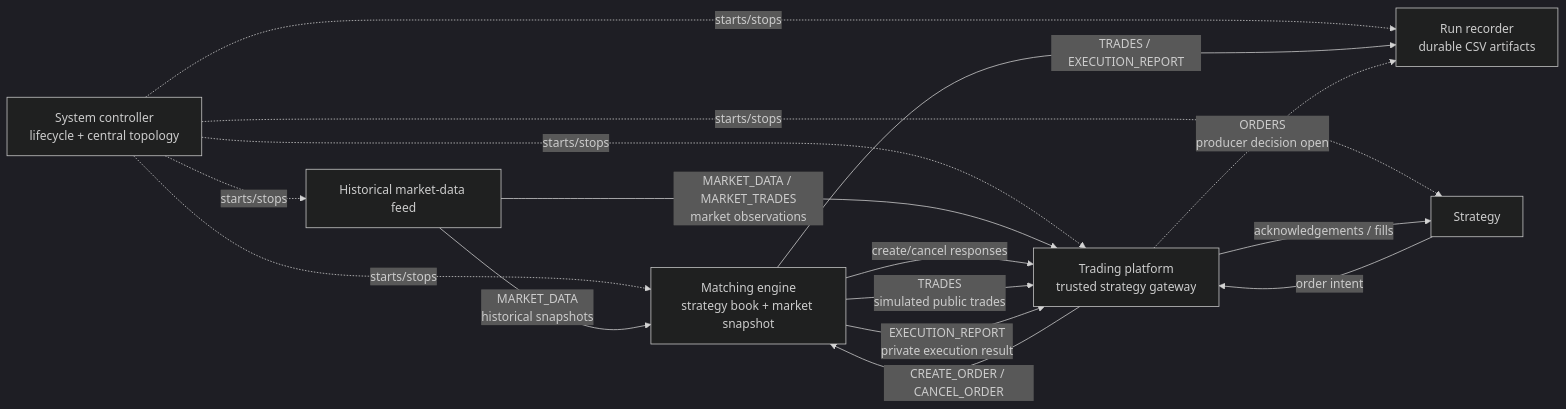
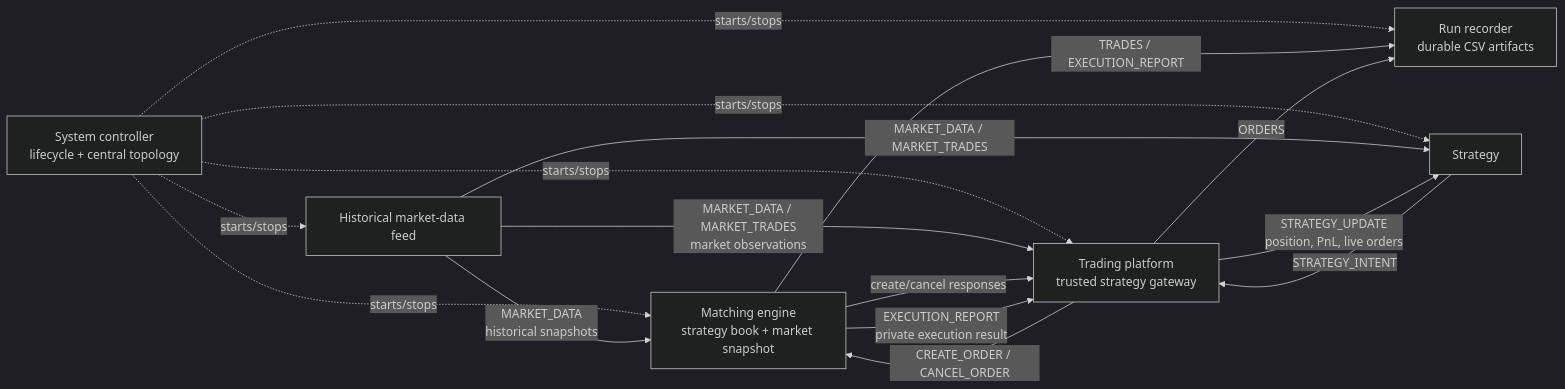
One commit to Jai280799/exchange-simulator changed the diagram in docs/architecture.md. Above: the diagram before and after it, drawn with Mermaid (dark theme). The commit also changed other lines of this file and 8 other files, not shown here.

````diff
--- a/docs/architecture.md
+++ b/docs/architecture.md
@@ -31,26 +31,26 @@
 ```mermaid
 flowchart LR
     SC[System controller<br/>lifecycle + central topology]
     FEED[Historical market-data feed]
     ENGINE[Matching engine<br/>strategy book + market snapshot]
     PLATFORM[Trading platform<br/>trusted strategy gateway]
     STRATEGY[Strategy]
     RECORDER[Run recorder<br/>durable CSV artifacts]
 
     SC -. starts/stops .-> FEED
     SC -. starts/stops .-> ENGINE
     SC -. starts/stops .-> PLATFORM
     SC -. starts/stops .-> STRATEGY
     SC -. starts/stops .-> RECORDER
 
     FEED -- MARKET_DATA<br/>historical snapshots --> ENGINE
     FEED -- MARKET_DATA / MARKET_TRADES<br/>market observations --> PLATFORM
-    STRATEGY -- order intent --> PLATFORM
+    FEED -- MARKET_DATA / MARKET_TRADES --> STRATEGY
+    STRATEGY -- STRATEGY_INTENT --> PLATFORM
     PLATFORM -- CREATE_ORDER / CANCEL_ORDER --> ENGINE
     ENGINE -- create/cancel responses --> PLATFORM
-    ENGINE -- TRADES<br/>simulated public trades --> PLATFORM
     ENGINE -- EXECUTION_REPORT<br/>private execution result --> PLATFORM
     ENGINE -- TRADES / EXECUTION_REPORT --> RECORDER
-    PLATFORM -. ORDERS<br/>producer decision open .-> RECORDER
-    PLATFORM -- acknowledgements / fills --> STRATEGY
+    PLATFORM -- ORDERS --> RECORDER
+    PLATFORM -- STRATEGY_UPDATE<br/>position, PnL, live orders --> STRATEGY
 ```
````
